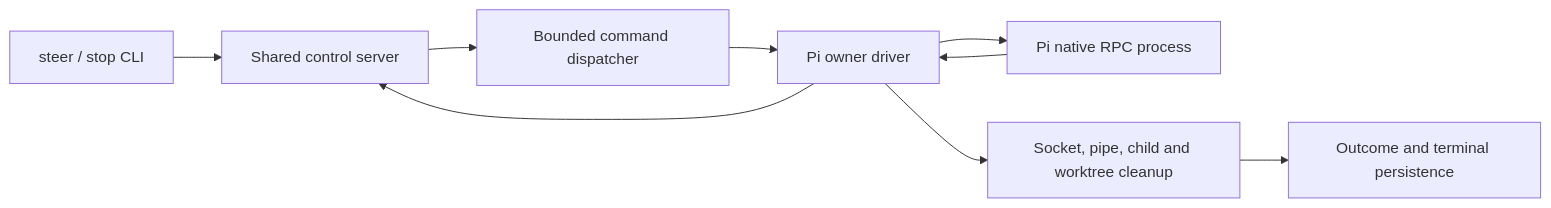
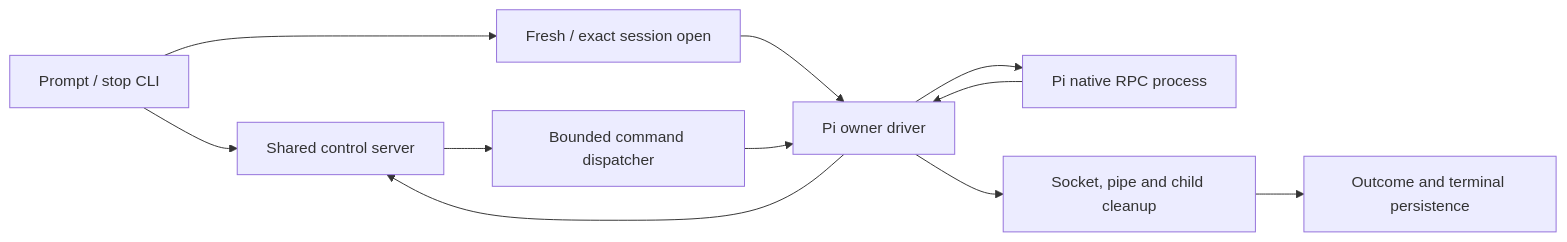
One commit to chadvoegele/waap changed the diagram in specs/pi-agent-system.md. Above: the diagram before and after it, drawn with Mermaid. The commit also changed other lines of this file and 8 other files, not shown here.

````diff
--- a/specs/pi-agent-system.md
+++ b/specs/pi-agent-system.md
@@ -45,11 +46,13 @@
 ```mermaid
 flowchart LR
-  CLI[steer / stop CLI] --> Control[Shared control server]
+  CLI[Prompt / stop CLI] --> Control[Shared control server]
+  CLI --> Open[Fresh / exact session open]
+  Open --> Driver[Pi owner driver]
   Control --> Dispatch[Bounded command dispatcher]
-  Dispatch --> Driver[Pi owner driver]
+  Dispatch --> Driver
   Driver --> RPC[Pi native RPC process]
   RPC --> Driver
   Driver --> Control
-  Driver --> Cleanup[Socket, pipe, child and worktree cleanup]
+  Driver --> Cleanup[Socket, pipe and child cleanup]
   Cleanup --> Lifecycle[Outcome and terminal persistence]
 ```
````
